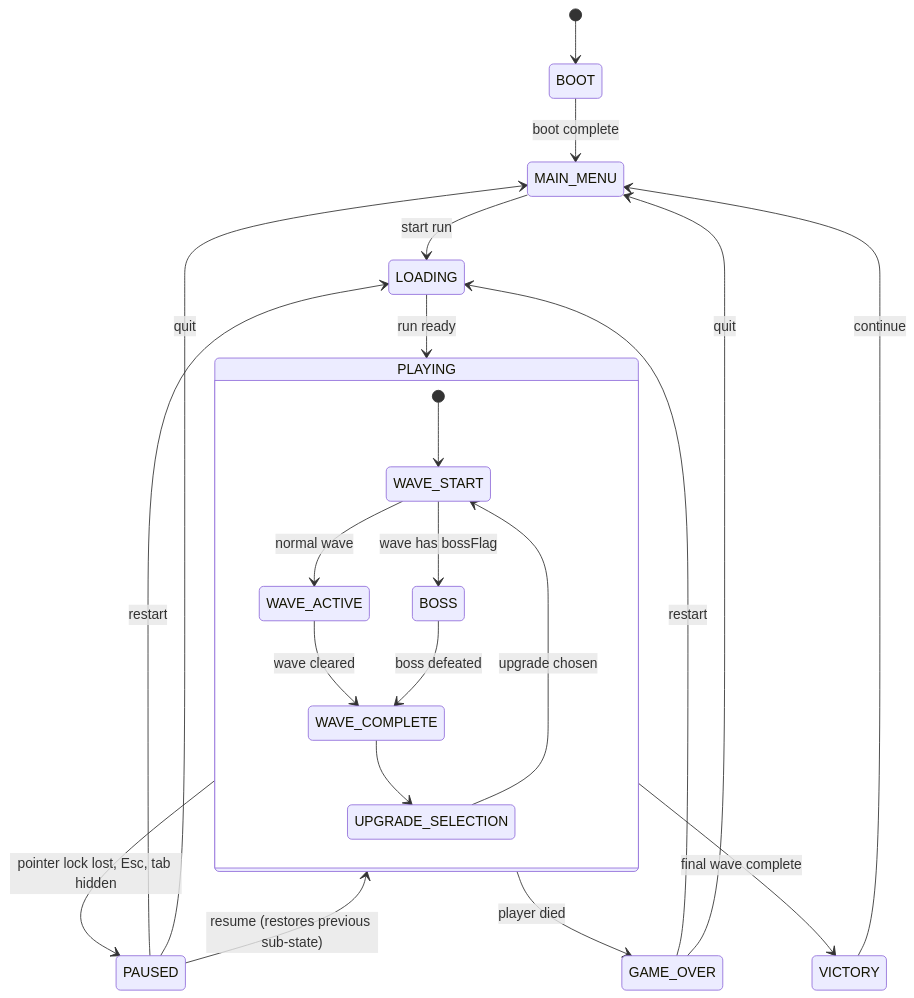
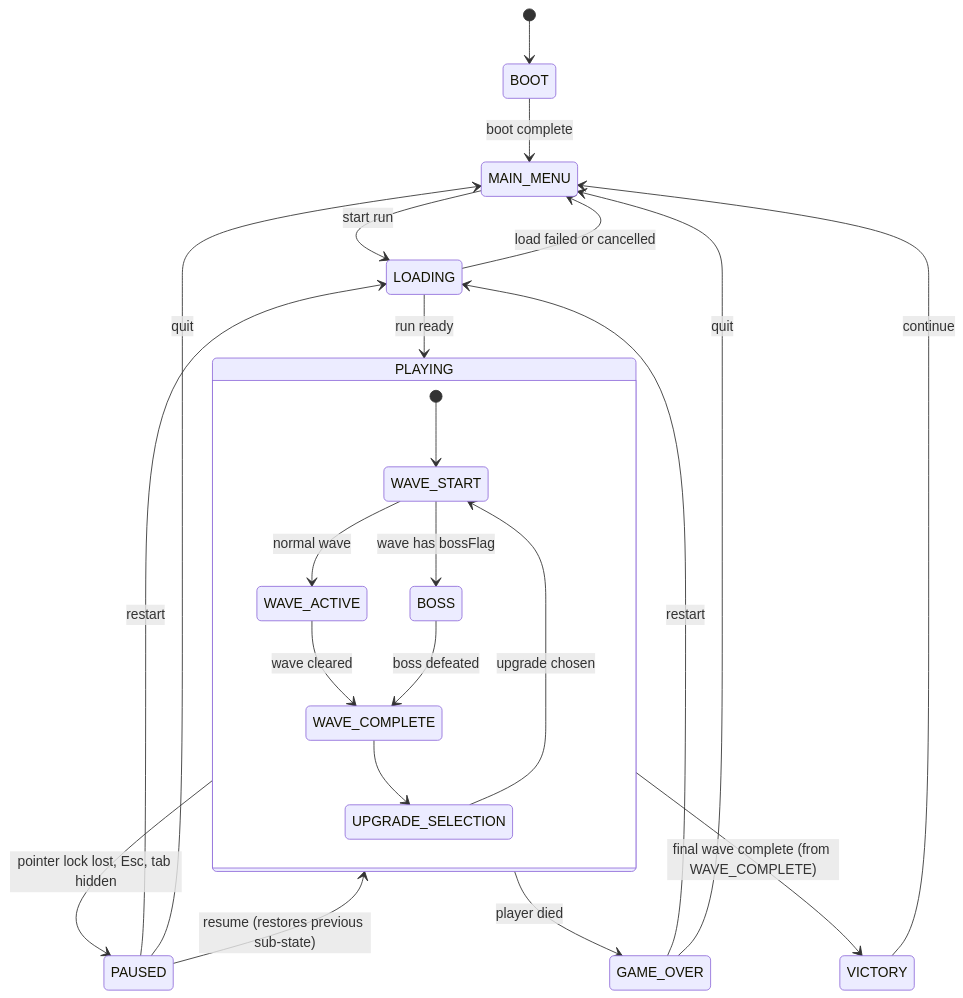
Before and after one commit to yusuf-mo-ali/The-Last-Signal: the second of 2 diagrams in ARCHITECTURE.md, drawn with Mermaid. The commit also changed other lines of this file and 12 other files, not shown here.

````diff
--- a/ARCHITECTURE.md
+++ b/ARCHITECTURE.md
@@ -106,27 +106,28 @@
 ```mermaid
 stateDiagram-v2
     [*] --> BOOT
     BOOT --> MAIN_MENU: boot complete
     MAIN_MENU --> LOADING: start run
     LOADING --> PLAYING: run ready
+    LOADING --> MAIN_MENU: load failed or cancelled
 
     state PLAYING {
         [*] --> WAVE_START
         WAVE_START --> WAVE_ACTIVE: normal wave
         WAVE_START --> BOSS: wave has bossFlag
         WAVE_ACTIVE --> WAVE_COMPLETE: wave cleared
         BOSS --> WAVE_COMPLETE: boss defeated
         WAVE_COMPLETE --> UPGRADE_SELECTION
         UPGRADE_SELECTION --> WAVE_START: upgrade chosen
     }
 
     PLAYING --> PAUSED: pointer lock lost, Esc, tab hidden
     PAUSED --> PLAYING: resume (restores previous sub-state)
     PAUSED --> LOADING: restart
     PAUSED --> MAIN_MENU: quit
     PLAYING --> GAME_OVER: player died
-    PLAYING --> VICTORY: final wave complete
+    PLAYING --> VICTORY: final wave complete (from WAVE_COMPLETE)
     GAME_OVER --> LOADING: restart
     GAME_OVER --> MAIN_MENU: quit
     VICTORY --> MAIN_MENU: continue
 ```
````
